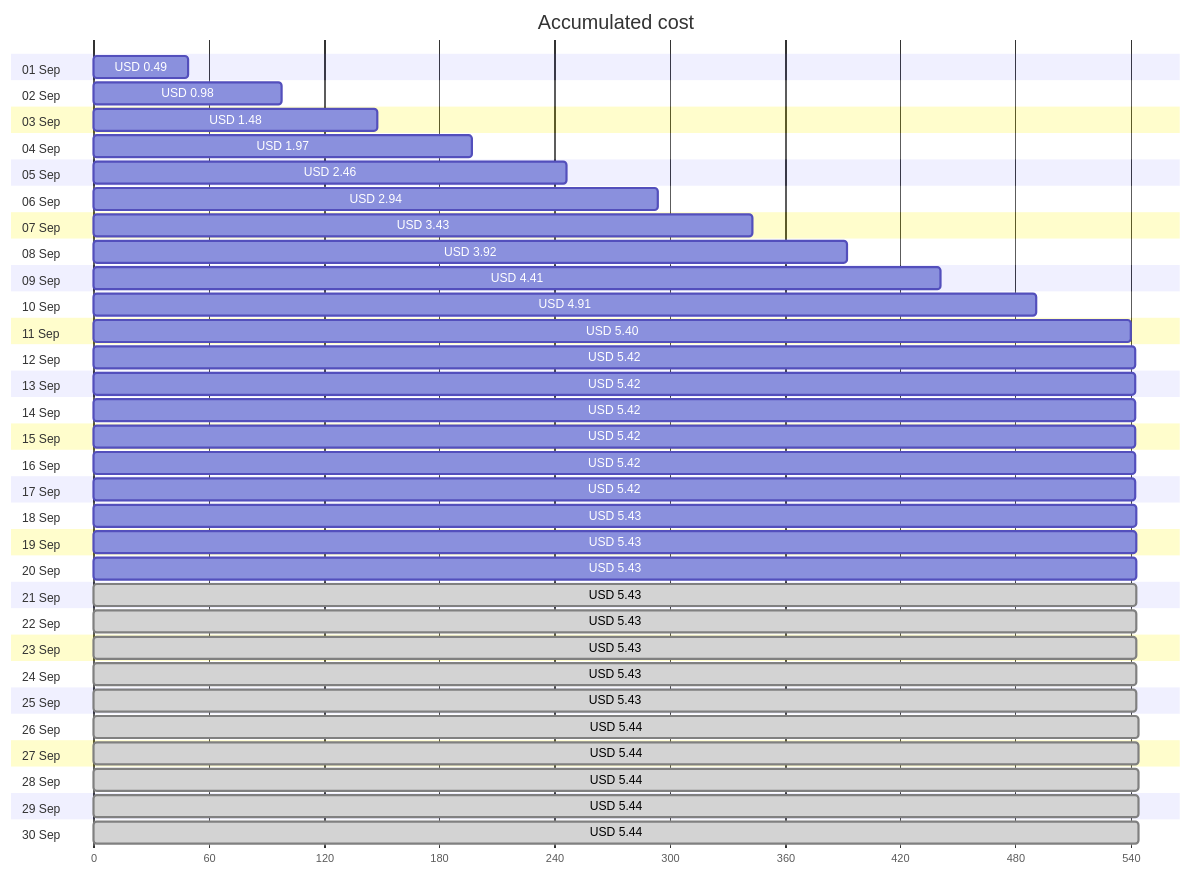
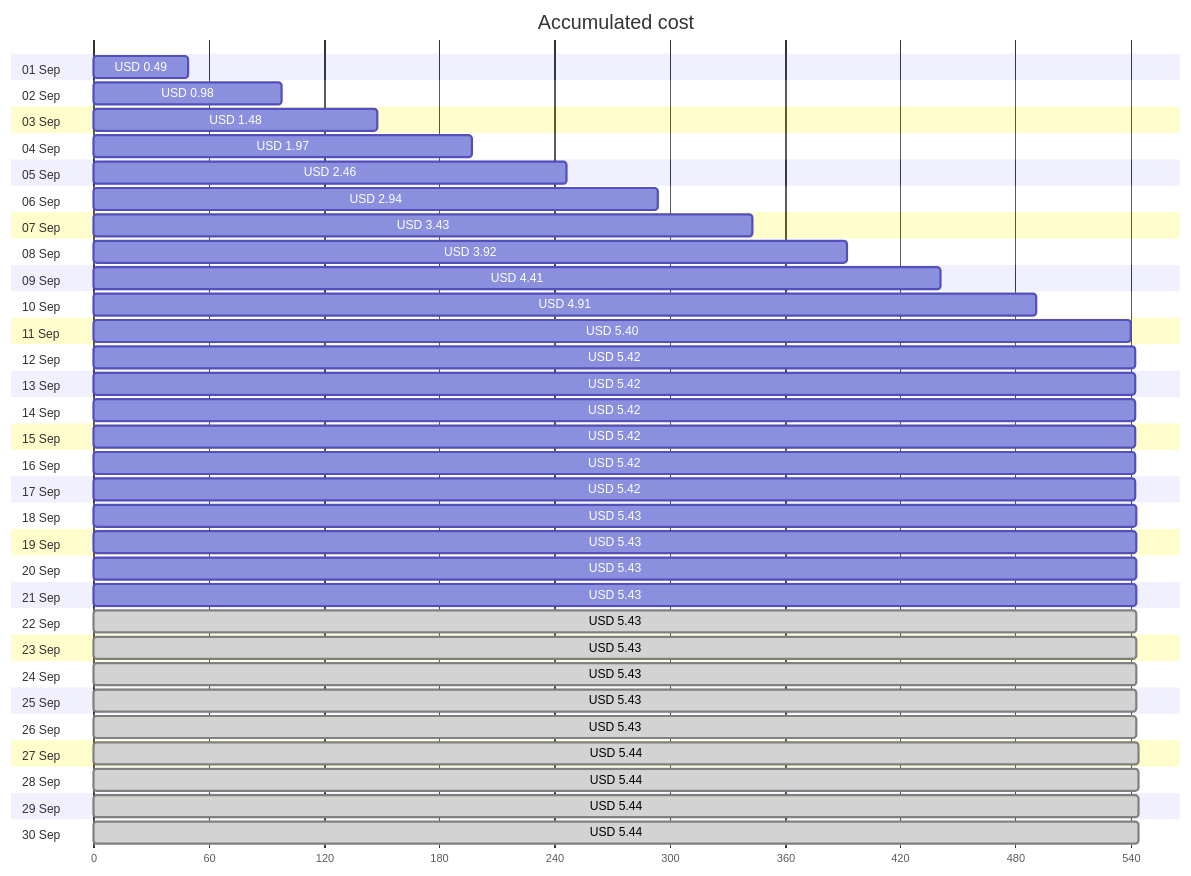
One commit to jpfulton/azure-personal-reports changed the first of 4 diagrams in cost-reports/personal-site/personalsiteapistorage.md. Above: the diagram before and after it, drawn with Mermaid. The commit also changed other lines of this file and 7 other files, not shown here.

````diff
--- a/cost-reports/personal-site/personalsiteapistorage.md
+++ b/cost-reports/personal-site/personalsiteapistorage.md
@@ -20,66 +20,66 @@
 ```mermaid
 gantt
    title Accumulated cost
    dateFormat  X
    axisFormat %s
    section 01 Sep
    USD 0.49 :0, 49
    section 02 Sep
    USD 0.98 :0, 98
    section 03 Sep
    USD 1.48 :0, 148
    section 04 Sep
    USD 1.97 :0, 197
    section 05 Sep
    USD 2.46 :0, 246
    section 06 Sep
    USD 2.94 :0, 294
    section 07 Sep
    USD 3.43 :0, 343
    section 08 Sep
    USD 3.92 :0, 392
    section 09 Sep
    USD 4.41 :0, 441
    section 10 Sep
    USD 4.91 :0, 491
    section 11 Sep
    USD 5.40 :0, 540
    section 12 Sep
    USD 5.42 :0, 542
    section 13 Sep
    USD 5.42 :0, 542
    section 14 Sep
    USD 5.42 :0, 542
    section 15 Sep
    USD 5.42 :0, 542
    section 16 Sep
    USD 5.42 :0, 542
    section 17 Sep
    USD 5.42 :0, 542
    section 18 Sep
    USD 5.43 :0, 543
    section 19 Sep
    USD 5.43 :0, 543
    section 20 Sep
    USD 5.43 :0, 543
    section 21 Sep
-   USD 5.43 : done, 0, 543
+   USD 5.43 :0, 543
    section 22 Sep
    USD 5.43 : done, 0, 543
    section 23 Sep
    USD 5.43 : done, 0, 543
    section 24 Sep
    USD 5.43 : done, 0, 543
    section 25 Sep
    USD 5.43 : done, 0, 543
    section 26 Sep
-   USD 5.44 : done, 0, 544
+   USD 5.43 : done, 0, 543
    section 27 Sep
    USD 5.44 : done, 0, 544
    section 28 Sep
    USD 5.44 : done, 0, 544
    section 29 Sep
    USD 5.44 : done, 0, 544
    section 30 Sep
    USD 5.44 : done, 0, 544
 ```
````
